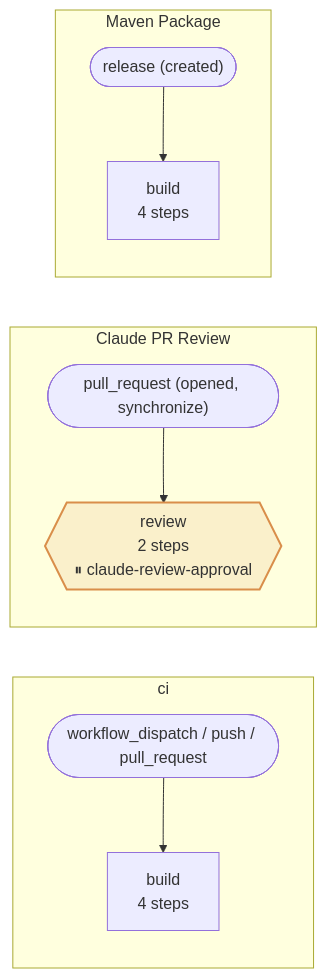
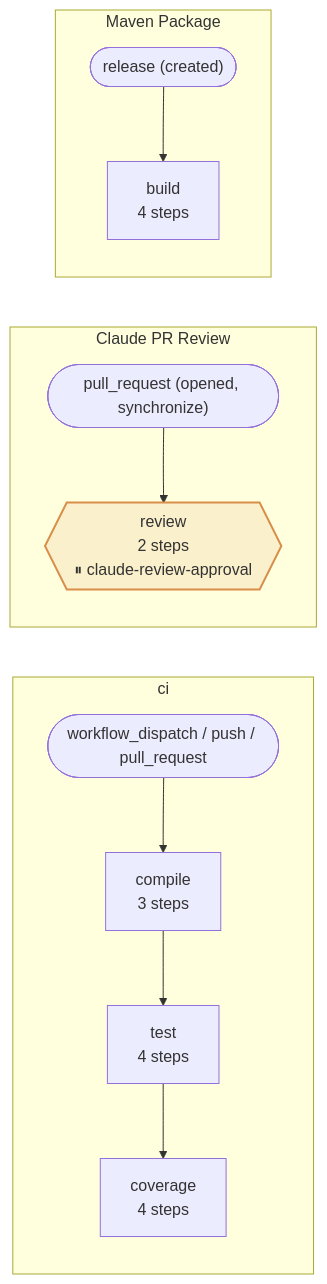
Before and after one commit to ekaekaz/ekaekaz: the diagram in .github/PIPELINE.md, drawn with Mermaid. The commit also changed 1 other file, not shown here.

Commit message:
Split ci.yml into compile/test/coverage jobs
The GitHub Actions summary graph shows one node per job, so the
previous single "build" job rendered as a single box. Splitting the
mvn lifecycle into three sequential jobs (compile, test, coverage)
gives a fail-fast staged pipeline and a graph with three connected
nodes. Report artifacts now upload from the job that produces them
(junit-reports from test, jacoco-report from coverage) instead of one
combined artifact.

````diff
--- a/.github/PIPELINE.md
+++ b/.github/PIPELINE.md
@@ -6,21 +6,25 @@
 ```mermaid
 flowchart LR
   classDef gated fill:#d98e4a22,stroke:#d98e4a,stroke-width:2px;
   classDef error fill:#e2665b22,stroke:#e2665b,stroke-width:2px;
   subgraph ci ["ci"]
     ci_trigger(["workflow_dispatch / push / pull_request"])
-    ci_build["build\n4 steps"]
-    ci_trigger --> ci_build
+    ci_compile["compile\n3 steps"]
+    ci_trigger --> ci_compile
+    ci_test["test\n4 steps"]
+    ci_compile --> ci_test
+    ci_coverage["coverage\n4 steps"]
+    ci_test --> ci_coverage
   end
   subgraph claude_code_review ["Claude PR Review"]
     claude_code_review_trigger(["pull_request (opened, synchronize)"])
     claude_code_review_review{{"review\n2 steps\n⏸ claude-review-approval"}}
     class claude_code_review_review gated;
     claude_code_review_trigger --> claude_code_review_review
   end
   subgraph maven_publish ["Maven Package"]
     maven_publish_trigger(["release (created)"])
     maven_publish_build["build\n4 steps"]
     maven_publish_trigger --> maven_publish_build
   end
 ```
````
